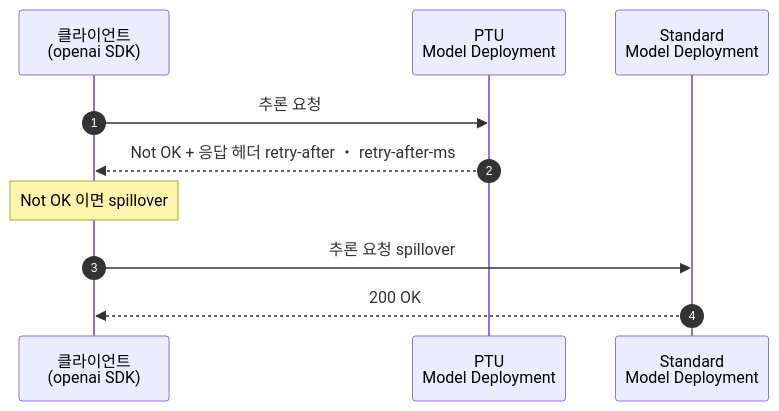
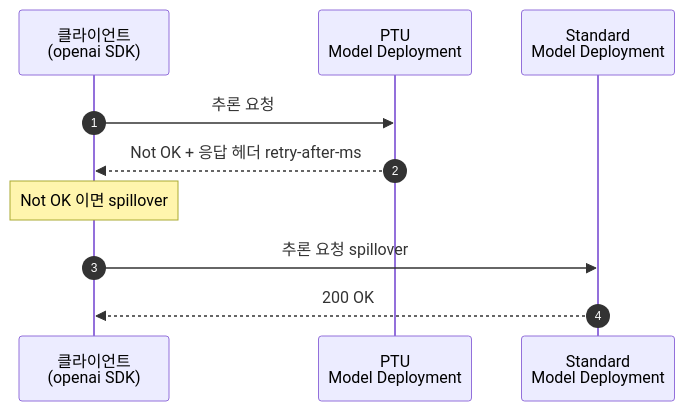
Before and after one commit to ivorycloud1013/lab-azure-guide-foundry-ptu: the fifth of 6 diagrams in README.md, drawn with Mermaid. The commit also changed other lines of this file and 4 other files, not shown here.

First line of the commit message:
style: 출력을 logging 으로 통일하고 문서를 retry-after-ms 기준으로 정리

````diff
--- a/README.md
+++ b/README.md
@@ -396,13 +397,13 @@
 ```mermaid
 sequenceDiagram
     autonumber
     participant Client as 클라이언트<br/>(openai SDK)
     participant PTU as PTU<br/>Model Deployment
     participant STD as Standard<br/>Model Deployment
 
     Client->>PTU: 추론 요청
-    PTU-->>Client: Not OK + 응답 헤더 retry-after ・ retry-after-ms
+    PTU-->>Client: Not OK + 응답 헤더 retry-after-ms
     Note over Client: Not OK 이면 spillover
     Client->>STD: 추론 요청 spillover
     STD-->>Client: 200 OK
 ```
````
